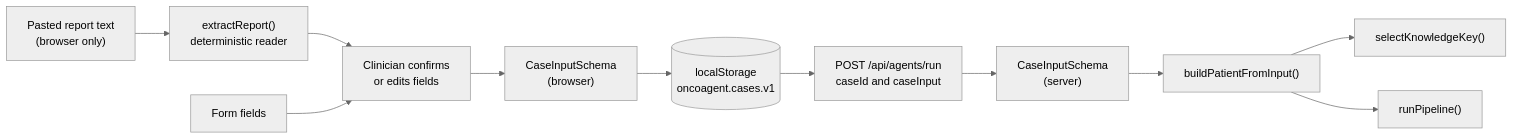
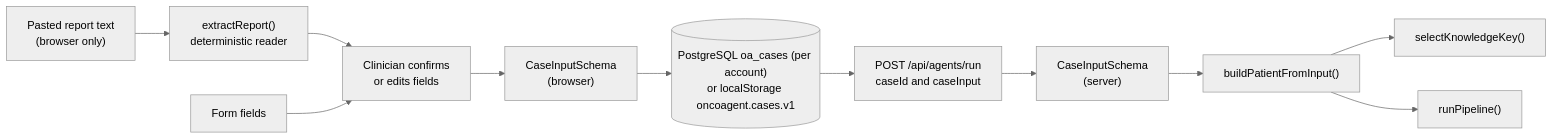
The second of 2 diagrams in docs/DATA.md (shahriyar9507/oncoagent), drawn with Mermaid (neutral theme) before and after one commit. The commit also changed other lines of this file and 23 other files, not shown here.

````diff
--- a/docs/DATA.md
+++ b/docs/DATA.md
@@ -150,13 +150,13 @@
 ```mermaid
 flowchart LR
   paste["Pasted report text<br/>(browser only)"] --> rx["extractReport()<br/>deterministic reader"]
   rx --> confirm["Clinician confirms<br/>or edits fields"]
   form["Form fields"] --> confirm
   confirm --> zod1["CaseInputSchema<br/>(browser)"]
-  zod1 --> store[("localStorage<br/>oncoagent.cases.v1")]
+  zod1 --> store[("PostgreSQL oa_cases (per account)<br/>or localStorage oncoagent.cases.v1")]
   store --> api["POST /api/agents/run<br/>caseId and caseInput"]
   api --> zod2["CaseInputSchema<br/>(server)"]
   zod2 --> build["buildPatientFromInput()"]
   build --> sel["selectKnowledgeKey()"]
   build --> pipe["runPipeline()"]
 ```
````
